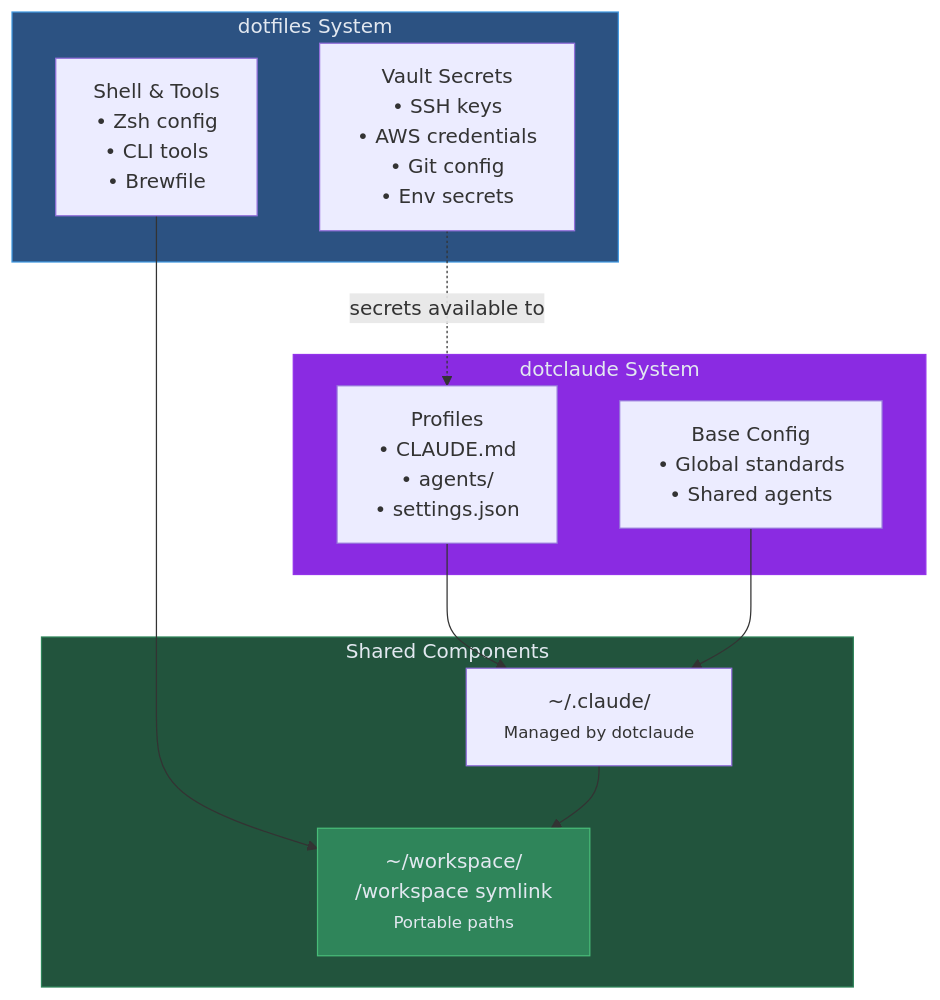
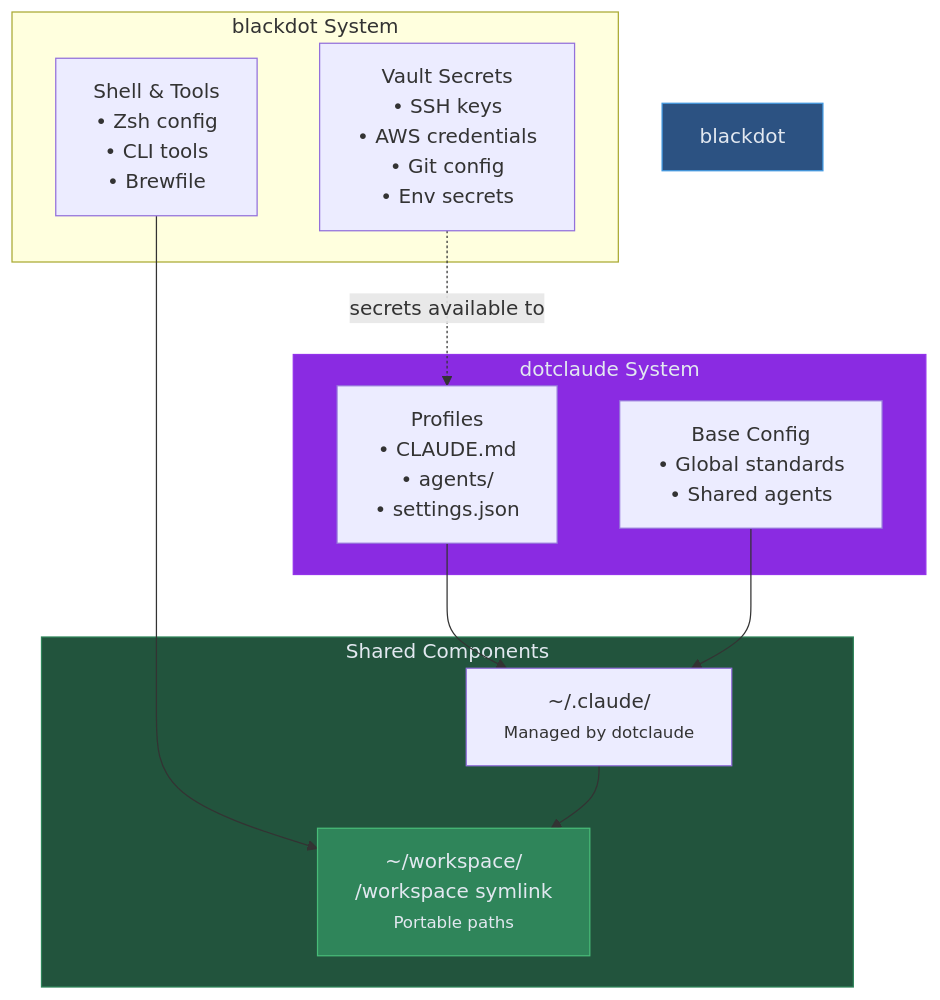
The diagram in docs/DOTCLAUDE-INTEGRATION.md (blackwell-systems/blackdot), drawn with Mermaid before and after one commit. The commit also changed other lines of this file and 83 other files, not shown here.

````diff
--- a/docs/DOTCLAUDE-INTEGRATION.md
+++ b/docs/DOTCLAUDE-INTEGRATION.md
@@ -14,28 +14,28 @@
 ```mermaid
 flowchart TB
     subgraph dotclaude["dotclaude System"]
         profiles["Profiles<br/>• CLAUDE.md<br/>• agents/<br/>• settings.json"]
         base["Base Config<br/>• Global standards<br/>• Shared agents"]
     end
 
-    subgraph dotfiles["dotfiles System"]
+    subgraph dotfiles["blackdot System"]
         vault["Vault Secrets<br/>• SSH keys<br/>• AWS credentials<br/>• Git config<br/>• Env secrets"]
         shell["Shell & Tools<br/>• Zsh config<br/>• CLI tools<br/>• Brewfile"]
     end
 
     subgraph shared["Shared Components"]
         workspace["~/workspace/<br/>/workspace symlink<br/><small>Portable paths</small>"]
         claude_dir["~/.claude/<br/><small>Managed by dotclaude</small>"]
     end
 
     profiles --> claude_dir
     base --> claude_dir
     vault -.->|"secrets available to"| profiles
     shell --> workspace
     claude_dir --> workspace
 
     style dotclaude fill:#8A2BE2,stroke:#9333EA,color:#e2e8f0
-    style dotfiles fill:#2c5282,stroke:#4299e1,color:#e2e8f0
+    style blackdot fill:#2c5282,stroke:#4299e1,color:#e2e8f0
     style shared fill:#22543d,stroke:#2f855a,color:#e2e8f0
     style workspace fill:#2f855a,stroke:#48bb78,color:#e2e8f0
 ```
````
